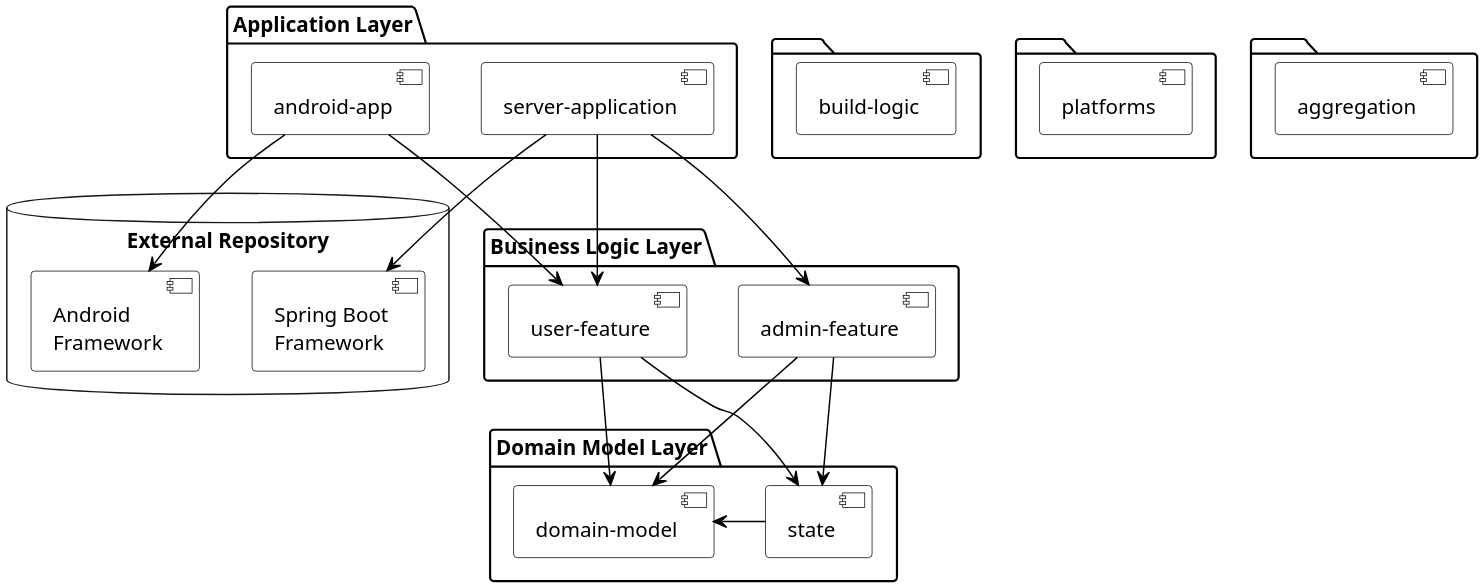
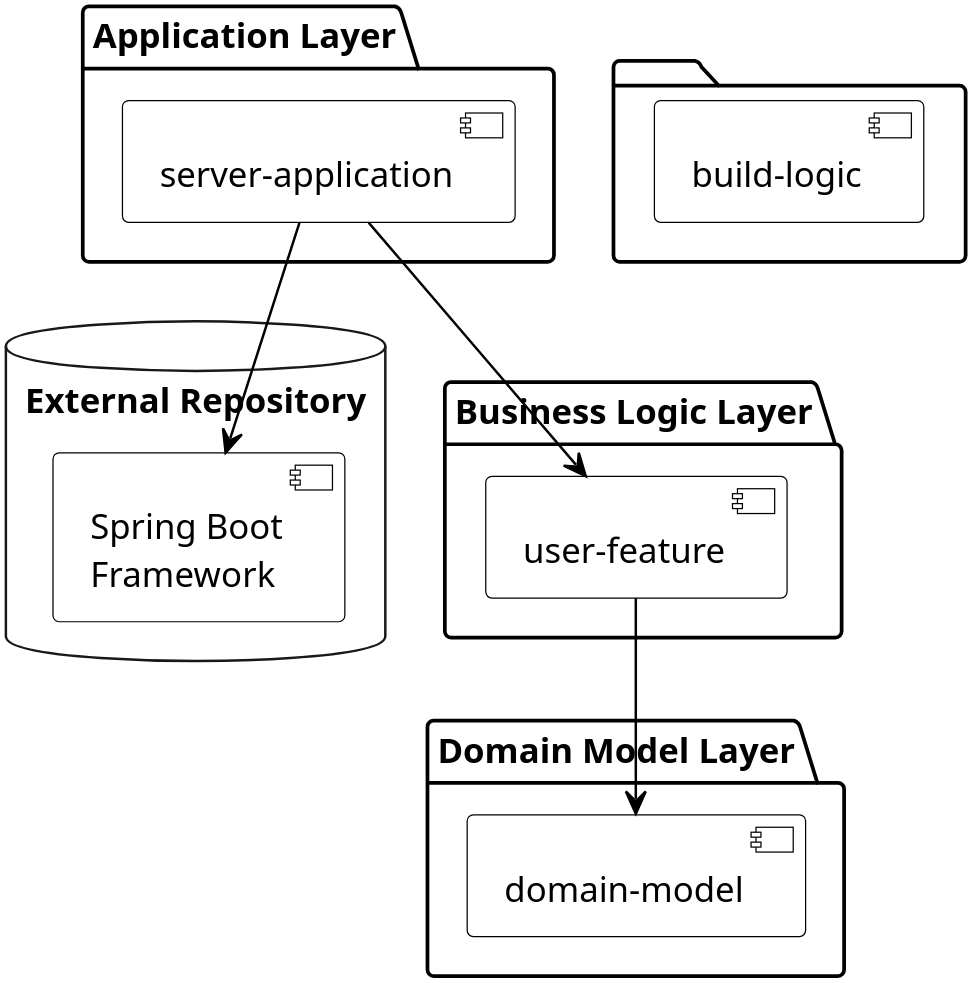
Before and after one commit to jjohannes/joker-conf-2020: the diagram in src/docs/asciidoc/index.adoc, drawn with PlantUML. The commit also changed other lines of this file and 4 other files, not shown here.

```diff
--- a/src/docs/asciidoc/index.adoc
+++ b/src/docs/asciidoc/index.adoc
@@ -86,52 +69,36 @@
-[plantuml, overview-all, png, width=1200, height=0%]
+[plantuml, overview-reduced, png, width=400, height=0%]
 ....
 scale 2400 width
 skinparam monochrome true
 skinparam component {
     BackgroundColor white
     BorderColor Black
 	ArrowColor Black
 }
 
 database "External Repository" {
   [Spring Boot\nFramework] as SpringBoot
-  [Android\nFramework] as Android
 }
 
 package "Application Layer" {
   [server-application]
-  [android-app]
 }
 
 package "Business Logic Layer" {
   [user-feature]
-  [admin-feature]
 }
 
 package "Domain Model Layer" {
-  [domain-model] <-right- [state]
+  [domain-model]
 }
 
 [server-application] -down-> [user-feature]
-[server-application] -down-> [admin-feature]
-[android-app] -down-> [user-feature]
 
 [user-feature] -down-> [domain-model]
-[user-feature] -down-> [state]
-
-[admin-feature] -down-> [domain-model]
-[admin-feature] -down-> [state]
 
 [server-application] -down-> [SpringBoot]
-[android-app] -down-> [Android]
 
 folder {
    [build-logic]
 }
-folder {
-   [platforms]
-}
-folder {
-    [aggregation]
-}
 ....
```
